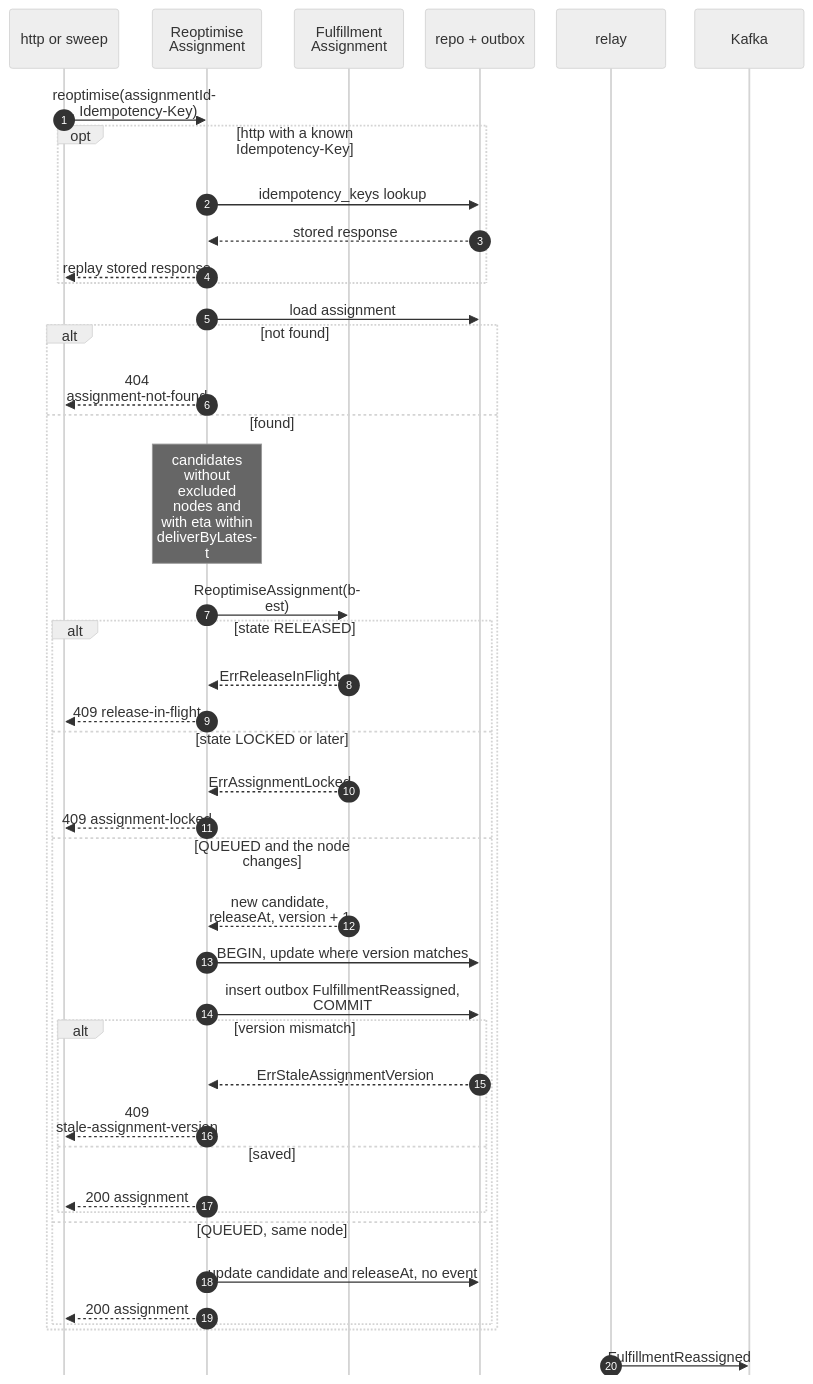
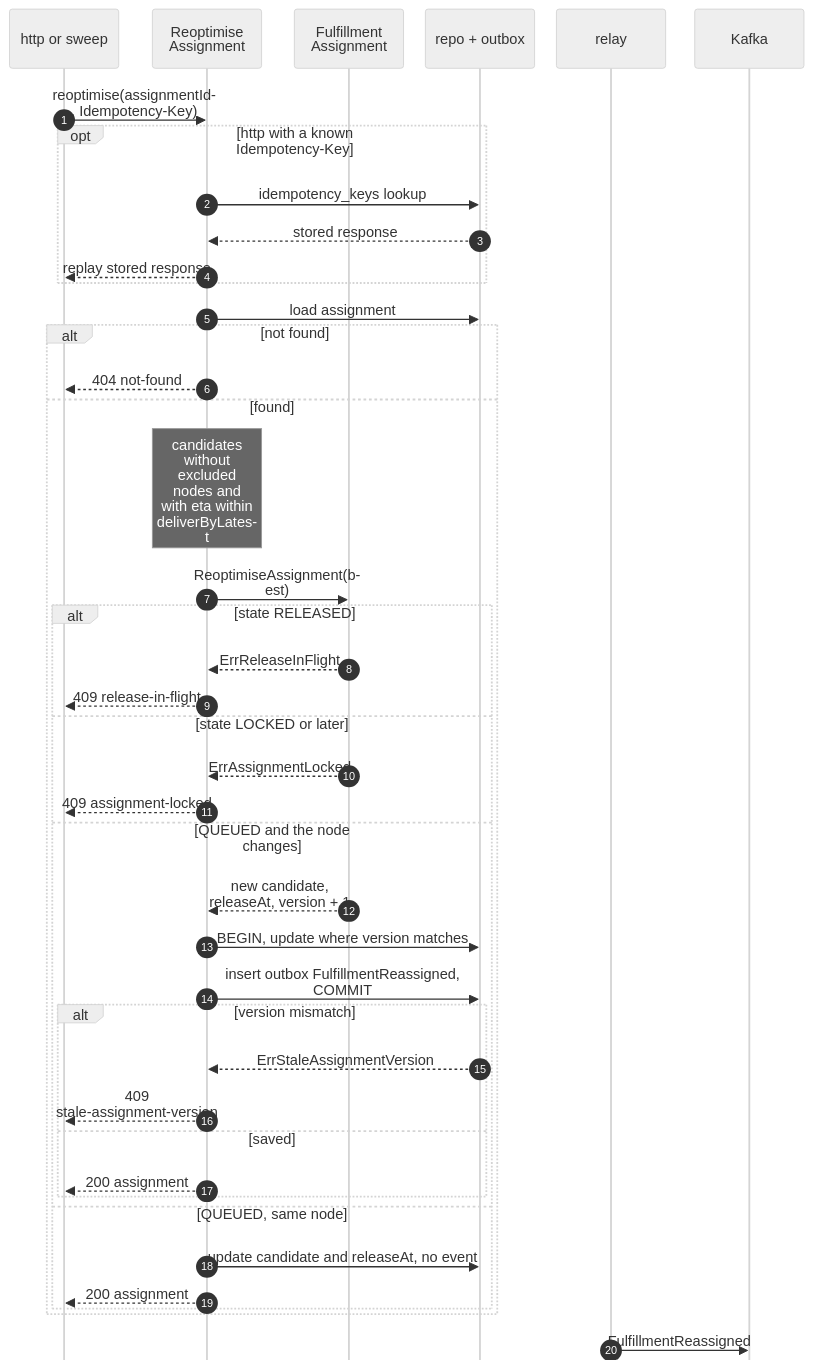
Before and after one commit to IQVO/warehouse-docs: the second of 9 diagrams in network/docs/contexts/order-sourcing/sequence-diagrams.md, drawn with Mermaid (neutral theme). The commit also changed other lines of this file and 7 other files, not shown here.

Commit message:
docs(network): order-sourcing pack and model follow the repo (ApplyRevisedPromise in every state, FulfillmentConstraintRevised, not-found, illegal-transition)

````diff
--- a/network/docs/contexts/order-sourcing/sequence-diagrams.md
+++ b/network/docs/contexts/order-sourcing/sequence-diagrams.md
@@ -85,45 +85,45 @@
 ```mermaid
 %%{init: {"sequence": {"wrap": true, "width": 120, "actorMargin": 24, "messageMargin": 28, "boxMargin": 6, "noteMargin": 6, "mirrorActors": false}}}%%
 sequenceDiagram
     autonumber
     participant AD as http or sweep
     participant UC as Reoptimise<br/>Assignment
     participant A as Fulfillment<br/>Assignment
     participant R as repo + outbox
     participant RL as relay
     participant K as Kafka
     AD->>UC: reoptimise(assignmentId, Idempotency-Key)
     opt http with a known Idempotency-Key
         UC->>R: idempotency_keys lookup
         R-->>UC: stored response
         UC-->>AD: replay stored response
     end
     UC->>R: load assignment
     alt not found
-        UC-->>AD: 404 assignment-not-found
+        UC-->>AD: 404 not-found
     else found
         Note over UC: candidates without excluded nodes and with eta within deliverByLatest
         UC->>A: ReoptimiseAssignment(best)
         alt state RELEASED
             A-->>UC: ErrReleaseInFlight
             UC-->>AD: 409 release-in-flight
         else state LOCKED or later
             A-->>UC: ErrAssignmentLocked
             UC-->>AD: 409 assignment-locked
         else QUEUED and the node changes
             A-->>UC: new candidate, releaseAt, version + 1
             UC->>R: BEGIN, update where version matches
             UC->>R: insert outbox FulfillmentReassigned, COMMIT
             alt version mismatch
                 R-->>UC: ErrStaleAssignmentVersion
                 UC-->>AD: 409 stale-assignment-version
             else saved
                 UC-->>AD: 200 assignment
             end
         else QUEUED, same node
             UC->>R: update candidate and releaseAt, no event
             UC-->>AD: 200 assignment
         end
     end
     RL->>K: FulfillmentReassigned
 ```
````
